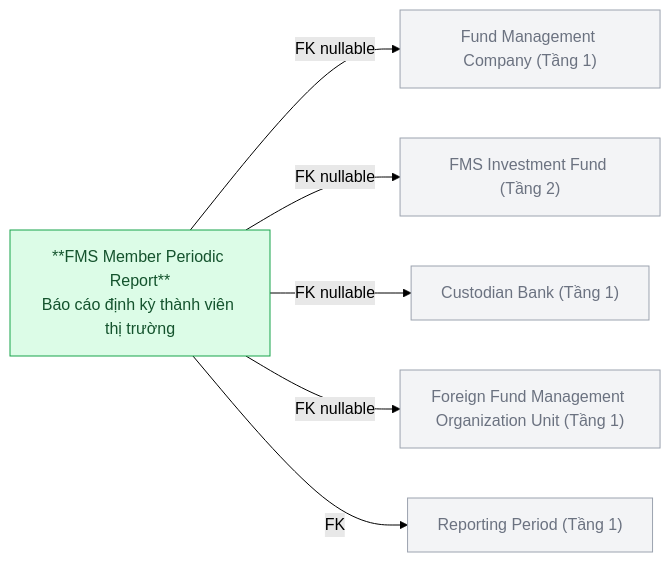
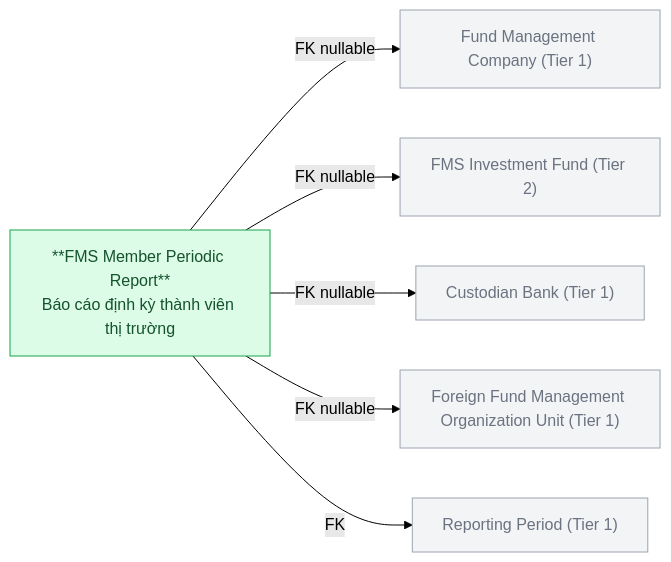
One commit to linhlvit/ubck_atomic_design changed the eighth of 12 diagrams in Silver/hld/FMS_HLD_Tier3.md. Above: the diagram before and after it, drawn with Mermaid (forest theme). The commit also changed other lines of this file and 111 other files, not shown here.

````diff
--- a/Silver/hld/FMS_HLD_Tier3.md
+++ b/Silver/hld/FMS_HLD_Tier3.md
@@ -210,18 +204,18 @@
 ```mermaid
 graph LR
     classDef silver fill:#dcfce7,stroke:#16a34a,color:#14532d
     classDef refnode fill:#f3f4f6,stroke:#9ca3af,color:#6b7280
 
-    FMC["Fund Management Company (Tầng 1)"]:::refnode
-    FUND["FMS Investment Fund (Tầng 2)"]:::refnode
-    BNK["Custodian Bank (Tầng 1)"]:::refnode
-    FGOU["Foreign Fund Management Organization Unit (Tầng 1)"]:::refnode
-    RPD["Reporting Period (Tầng 1)"]:::refnode
+    FMC["Fund Management Company (Tier 1)"]:::refnode
+    FUND["FMS Investment Fund (Tier 2)"]:::refnode
+    BNK["Custodian Bank (Tier 1)"]:::refnode
+    FGOU["Foreign Fund Management Organization Unit (Tier 1)"]:::refnode
+    RPD["Reporting Period (Tier 1)"]:::refnode
     RPT["**FMS Member Periodic Report**\nBáo cáo định kỳ thành viên thị trường"]:::silver
 
     RPT -->|FK nullable| FMC
     RPT -->|FK nullable| FUND
     RPT -->|FK nullable| BNK
     RPT -->|FK nullable| FGOU
     RPT -->|FK| RPD
 ```
````
